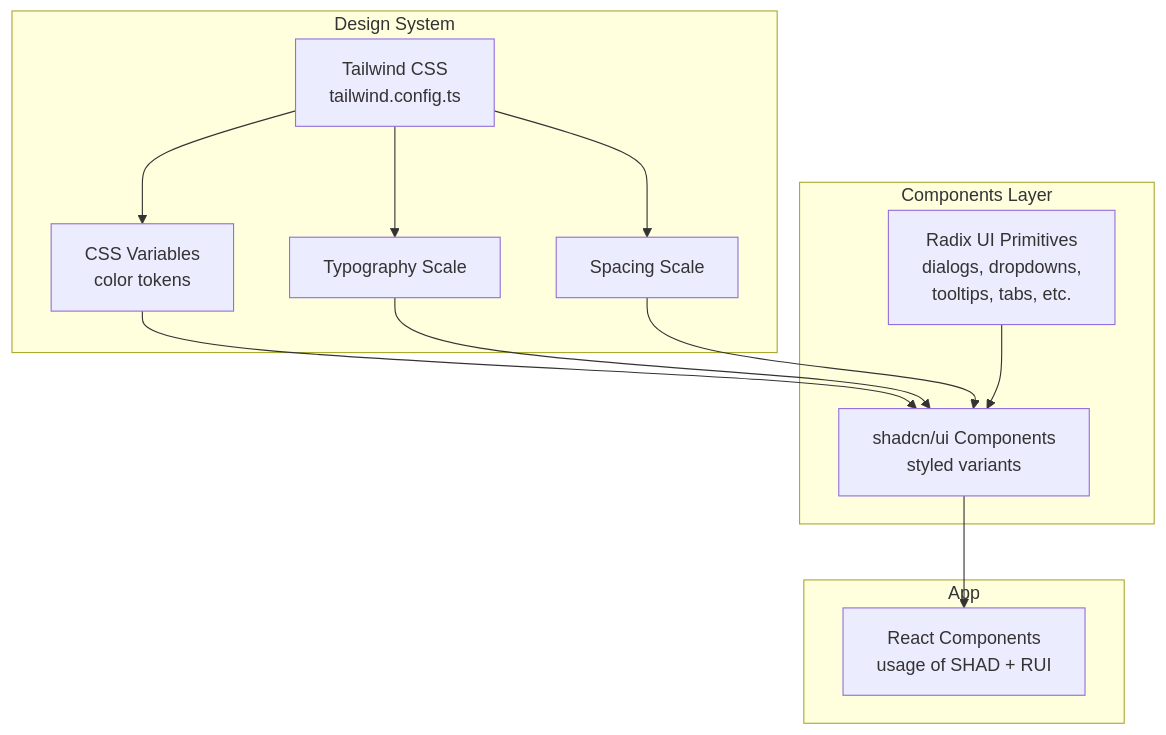
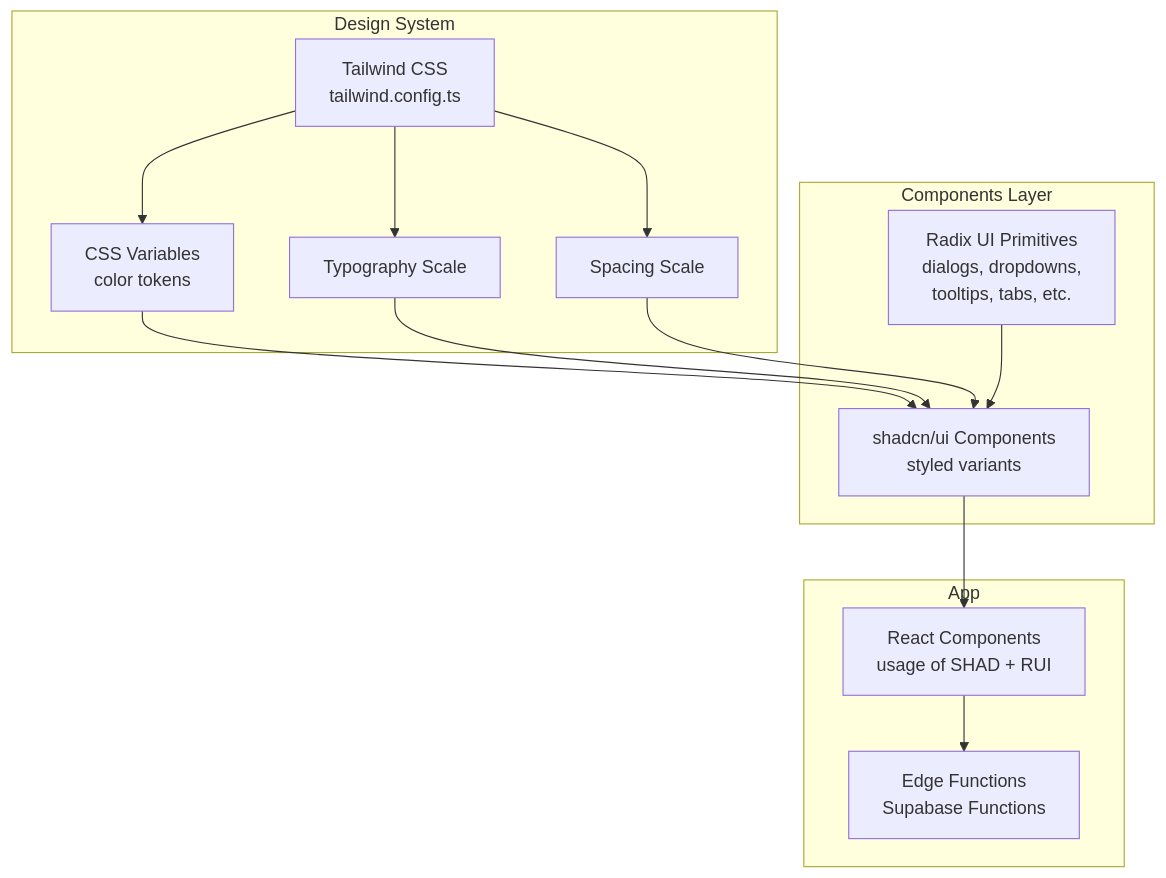
The second of 3 diagrams in .qoder/repowiki/en/content/UI Components & Design System.md (Hawky1/ryland), drawn with Mermaid before and after one commit. The commit also changed other lines of this file and 13 other files, not shown here.

````diff
--- a/.qoder/repowiki/en/content/UI Components & Design System.md
+++ b/.qoder/repowiki/en/content/UI Components & Design System.md
@@ -95,24 +102,26 @@
 ```mermaid
 graph TB
 subgraph "Design System"
 TW["Tailwind CSS<br/>tailwind.config.ts"]
 CSSV["CSS Variables<br/>color tokens"]
 TWT["Typography Scale"]
 SP["Spacing Scale"]
 end
 subgraph "Components Layer"
 RUI["Radix UI Primitives<br/>dialogs, dropdowns,<br/>tooltips, tabs, etc."]
 SHAD["shadcn/ui Components<br/>styled variants"]
 end
 subgraph "App"
 APP["React Components<br/>usage of SHAD + RUI"]
+END["Edge Functions<br/>Supabase Functions"]
 end
 TW --> CSSV
 TW --> TWT
 TW --> SP
 CSSV --> SHAD
 TWT --> SHAD
 SP --> SHAD
 SHAD --> APP
 RUI --> SHAD
+APP --> END
 ```
````
